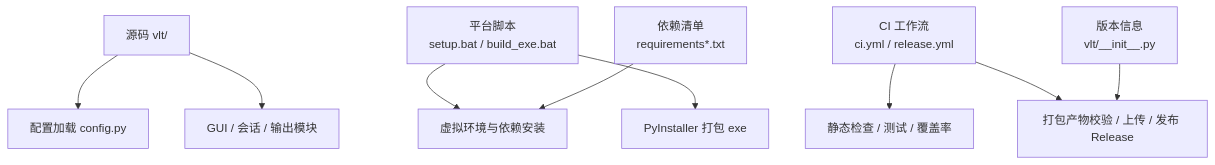
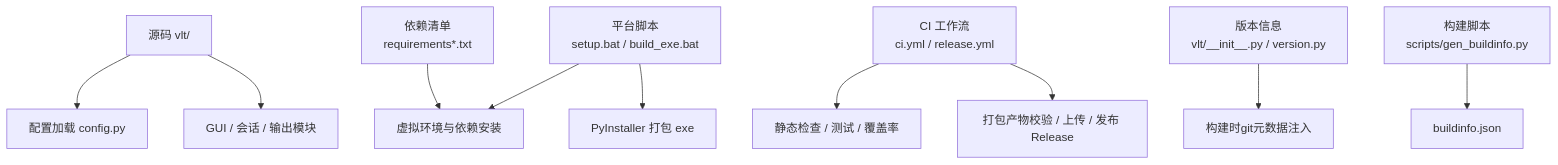
Before and after one commit to EMeowAGENT/vrchat-livetranslate: the first of 10 diagrams in .qoder/repowiki/zh/content/部署与发布.md, drawn with Mermaid. The commit also changed other lines of this file and 75 other files, not shown here.

````diff
--- a/.qoder/repowiki/zh/content/部署与发布.md
+++ b/.qoder/repowiki/zh/content/部署与发布.md
@@ -41,11 +49,12 @@
 ```mermaid
 graph TB
 A["源码 vlt/"] --> B["配置加载 config.py"]
 A --> C["GUI / 会话 / 输出模块"]
 D["平台脚本<br/>setup.bat / build_exe.bat"] --> E["虚拟环境与依赖安装"]
 D --> F["PyInstaller 打包 exe"]
 G["CI 工作流<br/>ci.yml / release.yml"] --> H["静态检查 / 测试 / 覆盖率"]
 G --> I["打包产物校验 / 上传 / 发布 Release"]
 J["依赖清单<br/>requirements*.txt"] --> E
-K["版本信息<br/>vlt/__init__.py"] --> I
+K["版本信息<br/>vlt/__init__.py / version.py"] --> L["构建时git元数据注入"]
+M["构建脚本<br/>scripts/gen_buildinfo.py"] --> N["buildinfo.json"]
 ```
````
